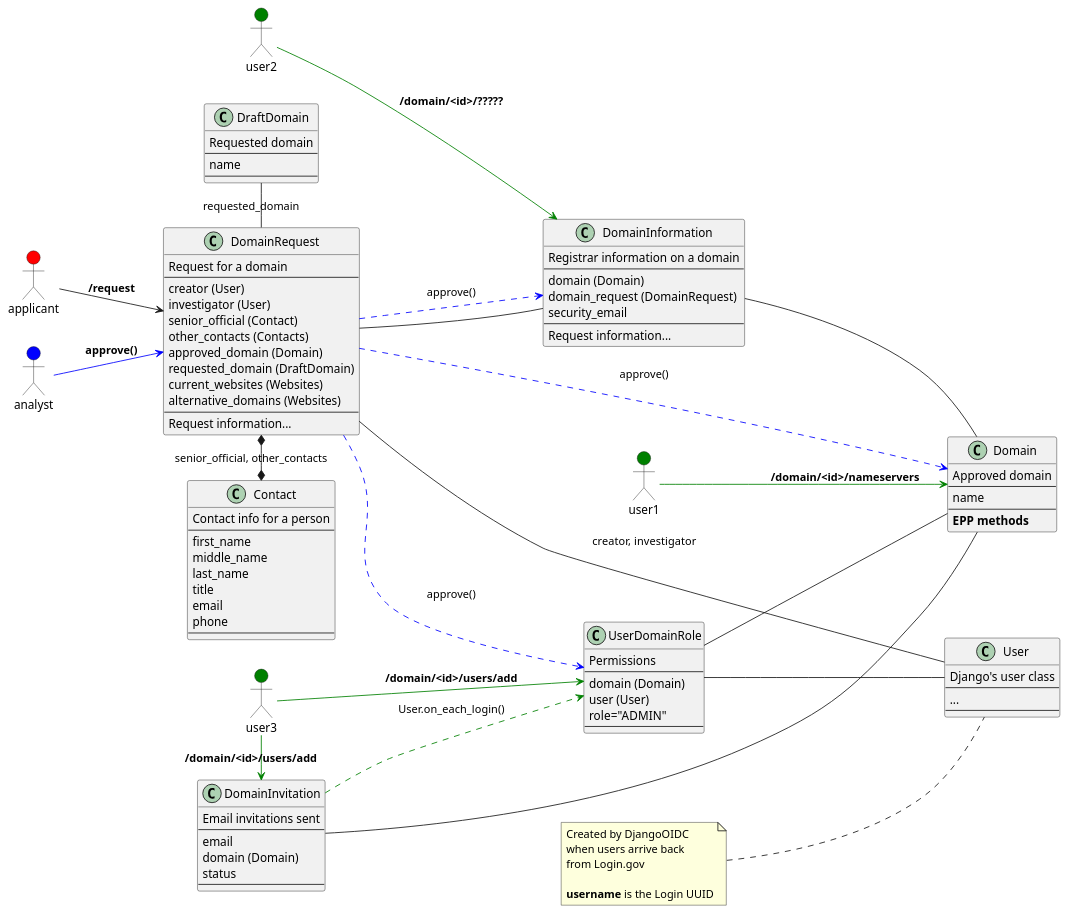
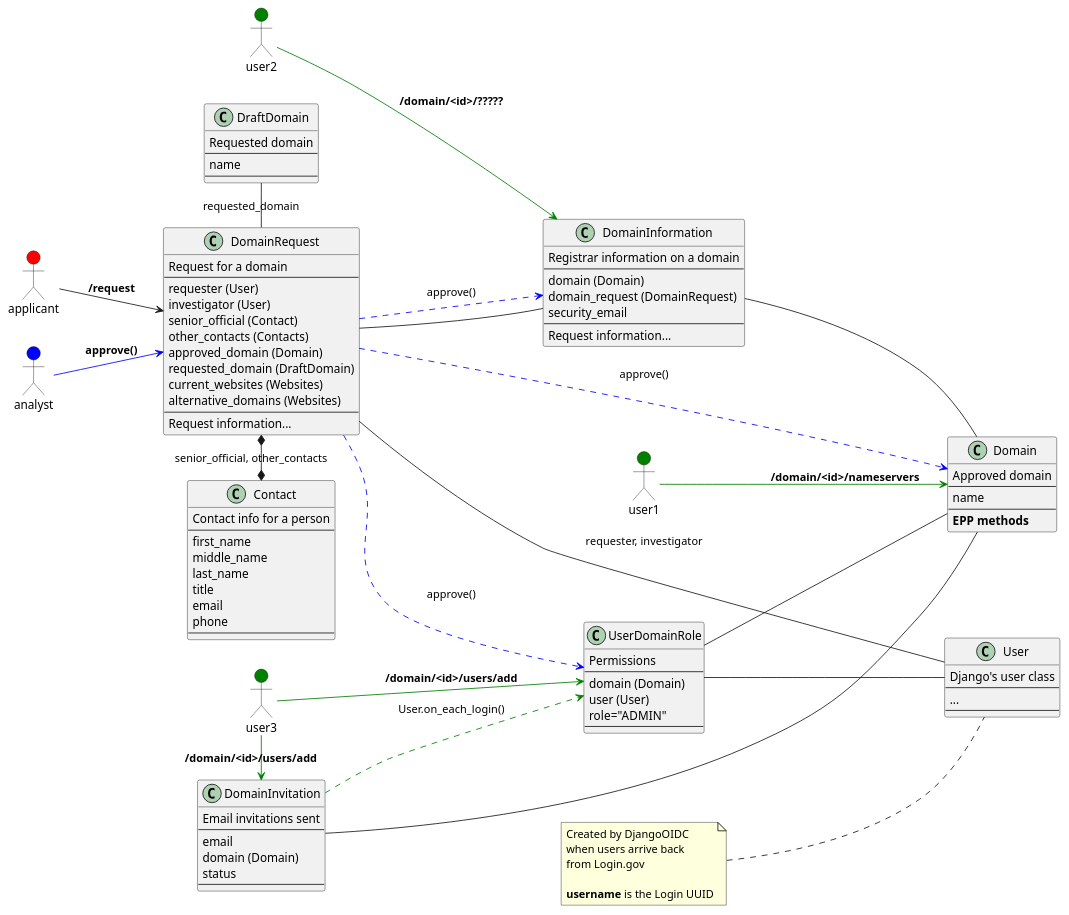
One commit to cisagov/manage.get.gov changed the diagram in docs/architecture/diagrams/model_timeline.md. Above: the diagram before and after it, drawn with PlantUML. The commit also changed 9 other files, not shown here.

```diff
--- a/docs/architecture/diagrams/model_timeline.md
+++ b/docs/architecture/diagrams/model_timeline.md
@@ -39,7 +39,7 @@
 class DomainRequest {
   Request for a domain
   --
-  creator (User)
+  requester (User)
   investigator (User)
   senior_official (Contact)
   other_contacts (Contacts)
@@ -65,7 +65,7 @@
   <b>username</b> is the Login UUID
 end note
 
-DomainRequest -l- User : creator, investigator
+DomainRequest -l- User : requester, investigator
 
 class Contact {
   Contact info for a person
```
